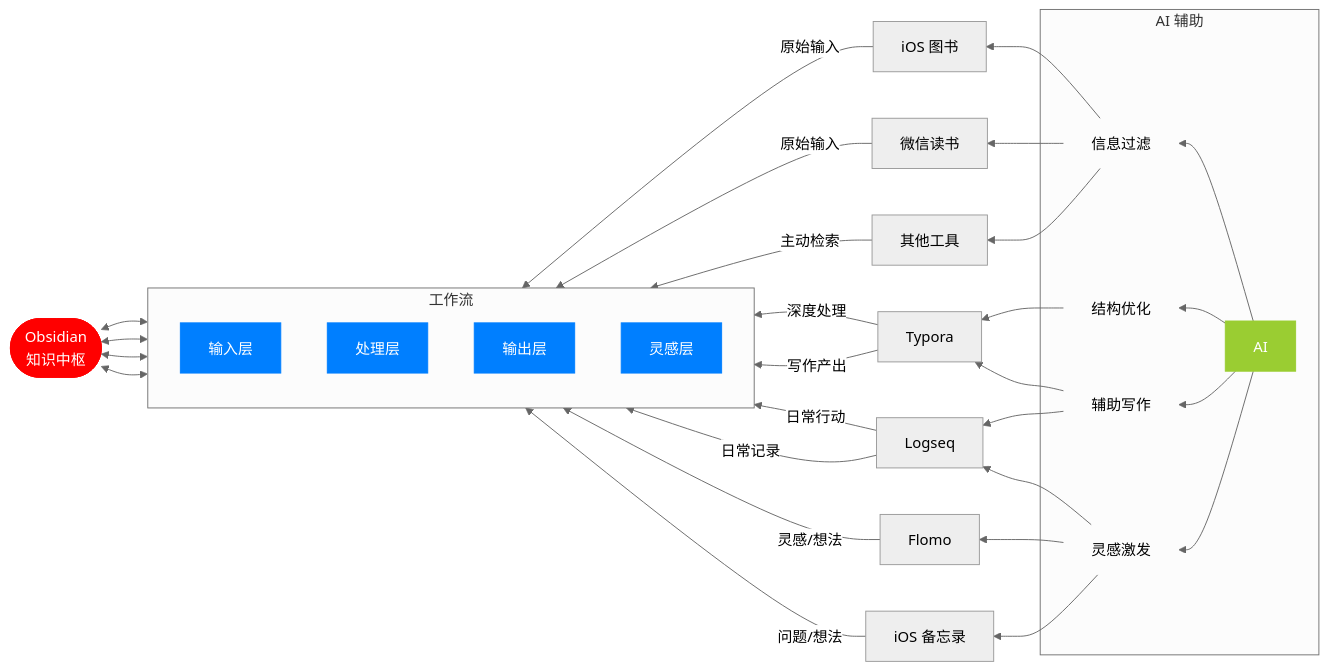
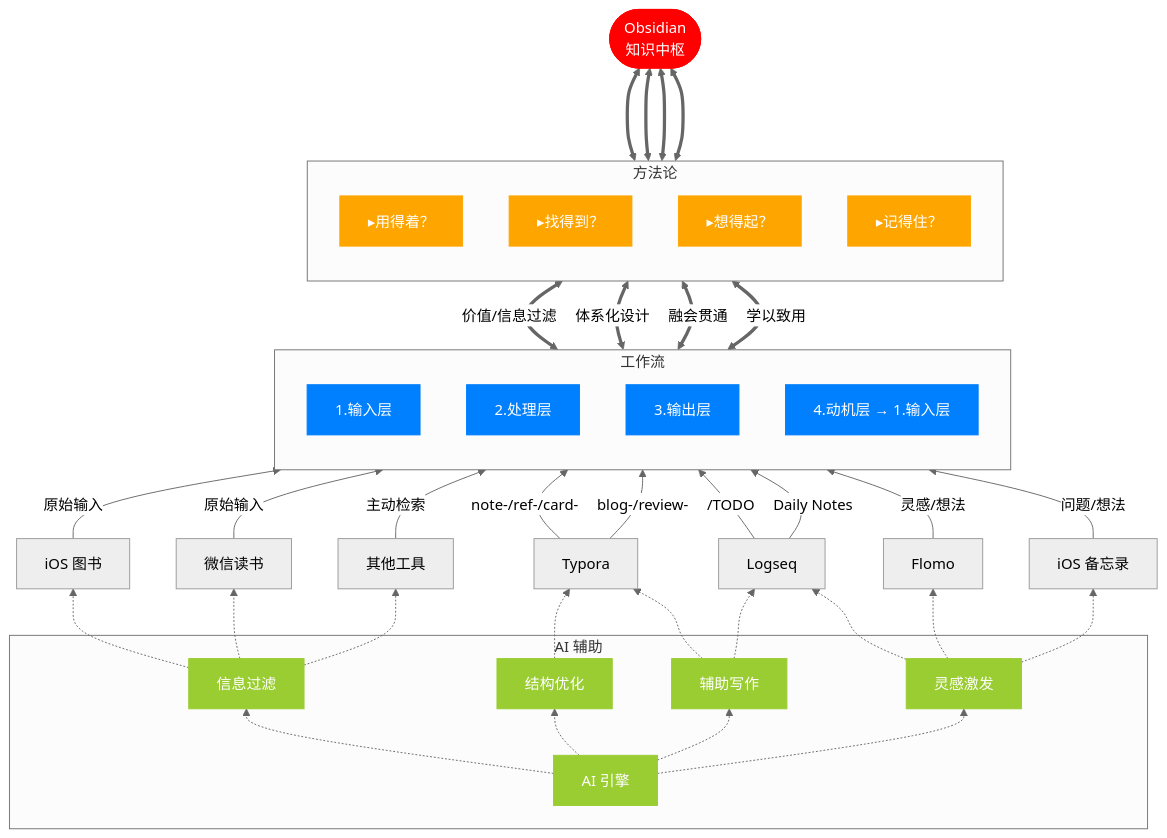
One commit to El25Aleph/_Aleph changed the third of 3 diagrams in docs/blog-我的知识管理-再谈笔记构建.md. Above: the diagram before and after it, drawn with Mermaid. The commit also changed other lines of this file, not shown here.

````diff
--- a/docs/blog-我的知识管理-再谈笔记构建.md
+++ b/docs/blog-我的知识管理-再谈笔记构建.md
@@ -174,46 +186,60 @@
 ```mermaid
 ---
 config:
     theme: 'neutral'
 ---
-graph RL
+graph BT
     subgraph sub1["工作流"]
         direction BT
-        L1[输入层];
-        L2[处理层];
-        L3[输出层];
-        L4[灵感层];
+        L1[1.输入层];
+        L2[2.处理层];
+        L3[3.输出层];
+        L4[4.动机层 → 1.输入层];
     end
     T7([Obsidian<br>知识中枢]);
-    L1[输入层] <--> T7;
-    L2[处理层] <--> T7;
-    L3[输出层] <--> T7;
-    L4[灵感层] <--> T7;
     T4[iOS 图书] --原始输入--> L1;
     T5[微信读书] --原始输入--> L1;
     T8[其他工具] --主动检索--> L1;
-    T6[Typora] --深度处理--> L2;
-    T6[Typora] --写作产出--> L3;
-    T1[Logseq] --日常行动--> L3;
-    T1 --日常记录--> L4
+    T6[Typora] --> |note-/ref-/card-|L2;
+    T6[Typora] --> |blog-/review-|L3;
+    T1[Logseq] --/TODO--> L3;
+    T1 --Daily Notes--> L4
     T2[Flomo] --灵感/想法--> L4;
     T3[iOS 备忘录] --问题/想法--> L4;   
 
     subgraph sub2["AI 辅助"]
-    AI --> AI1 & AI2 & AI3 & AI4
+    AI0[AI 引擎] -.-> AI1 & AI2 & AI3 & AI4
     end
-    AI1[信息过滤] --> T4 & T5 & T8
-    AI2[结构优化] --> T6
-    AI3[辅助写作] --> T6 & T1
-    AI4[灵感激发] --> T1 & T2 & T3
+    AI1[信息过滤] -.-> T4 & T5 & T8
+    AI2[结构优化] -.-> T6
+    AI3[辅助写作] -.-> T6 & T1
+    AI4[灵感激发] -.-> T1 & T2 & T3
+
+    subgraph sub3["方法论"]
+        direction BT
+        S1[▸用得着？];
+        S2[▸找得到？];
+        S3[▸想得起？];
+        S4[▸记得住？];
+    end
+    
+    L1 <==价值/信息过滤==> S1;
+    L2 <==体系化设计==> S2;
+    L3 <==融会贯通==> S3;
+    L4 <==学以致用==> S4;
+
+    S1 <===> T7
+    S2 <===> T7
+    S3 <===> T7
+    S4 <===> T7
 
     classDef flow fill:red,stroke:red,color:white
     class T7 flow
     classDef mid fill:#007FFF,stroke:#007FFF,color:white
     class L1,L2,L3,L4 mid
-    classDef dimE fill:none,stroke:none,color:black
-    class AI1,AI2,AI3,AI4 dimE
-    classDef dim fill:#9ACD32,stroke:#9ACD32,color:white
-    class AI dim
+    classDef dimE fill:#9ACD32,stroke:#9ACD32,color:white
+    class AI0,AI1,AI2,AI3,AI4 dimE
+    classDef dim fill:orange,stroke:orange,color:white
+    class S1,S2,S3,S4 dim
 
 ```
````
